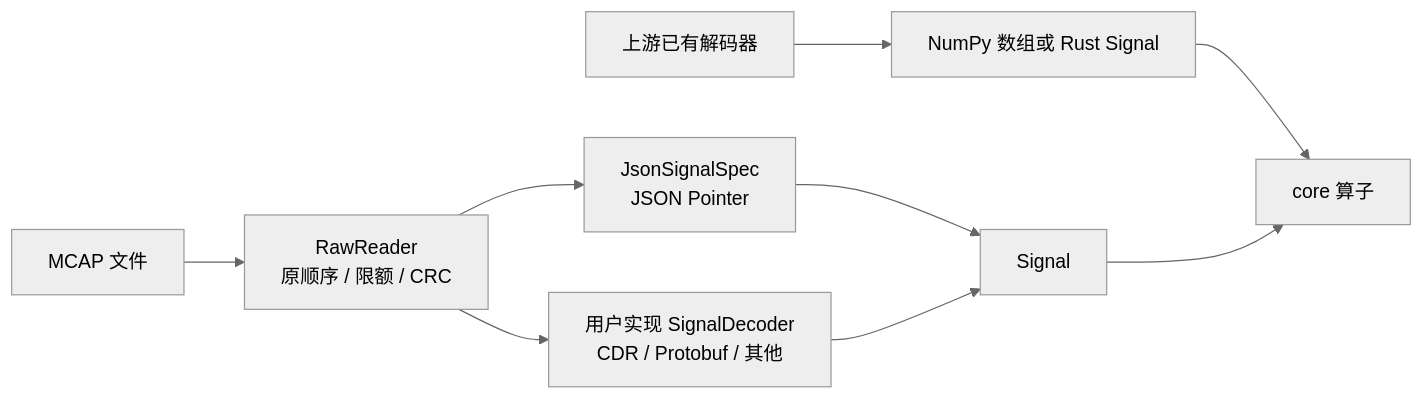
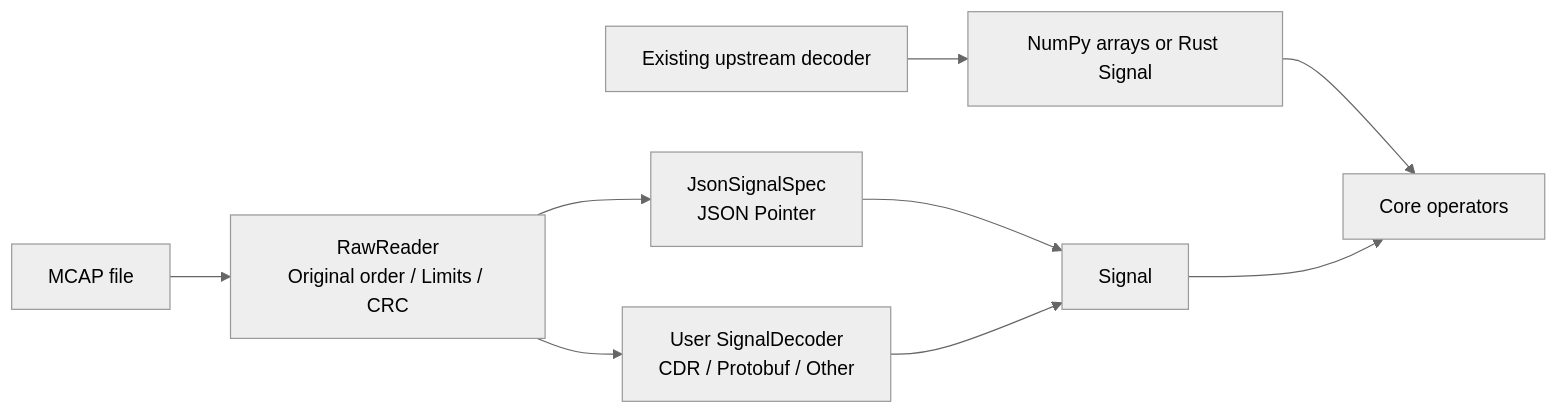
One commit to XieWeikai/mcap-ops changed the third of 4 diagrams in docs/architecture.md. Above: the diagram before and after it, drawn with Mermaid (neutral theme). The commit also changed other lines of this file and 71 other files, not shown here.

````diff
--- a/docs/architecture.md
+++ b/docs/architecture.md
@@ -71,11 +79,11 @@
 ```mermaid
 flowchart LR
-    F["MCAP 文件"] --> R["RawReader<br/>原顺序 / 限额 / CRC"]
+    F["MCAP file"] --> R["RawReader<br/>Original order / Limits / CRC"]
     R --> J["JsonSignalSpec<br/>JSON Pointer"]
-    R --> D["用户实现 SignalDecoder<br/>CDR / Protobuf / 其他"]
+    R --> D["User SignalDecoder<br/>CDR / Protobuf / Other"]
     J --> S["Signal"]
     D --> S
-    U["上游已有解码器"] --> A["NumPy 数组或 Rust Signal"]
-    A --> C["core 算子"]
+    U["Existing upstream decoder"] --> A["NumPy arrays or Rust Signal"]
+    A --> C["Core operators"]
     S --> C
 ```
````
